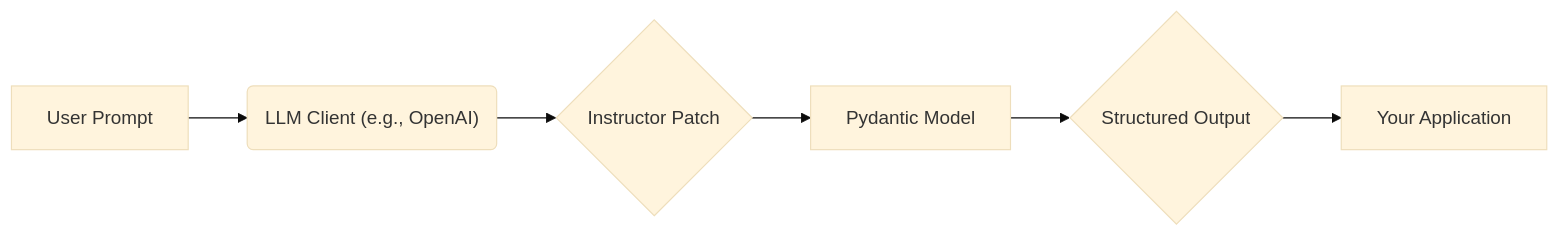
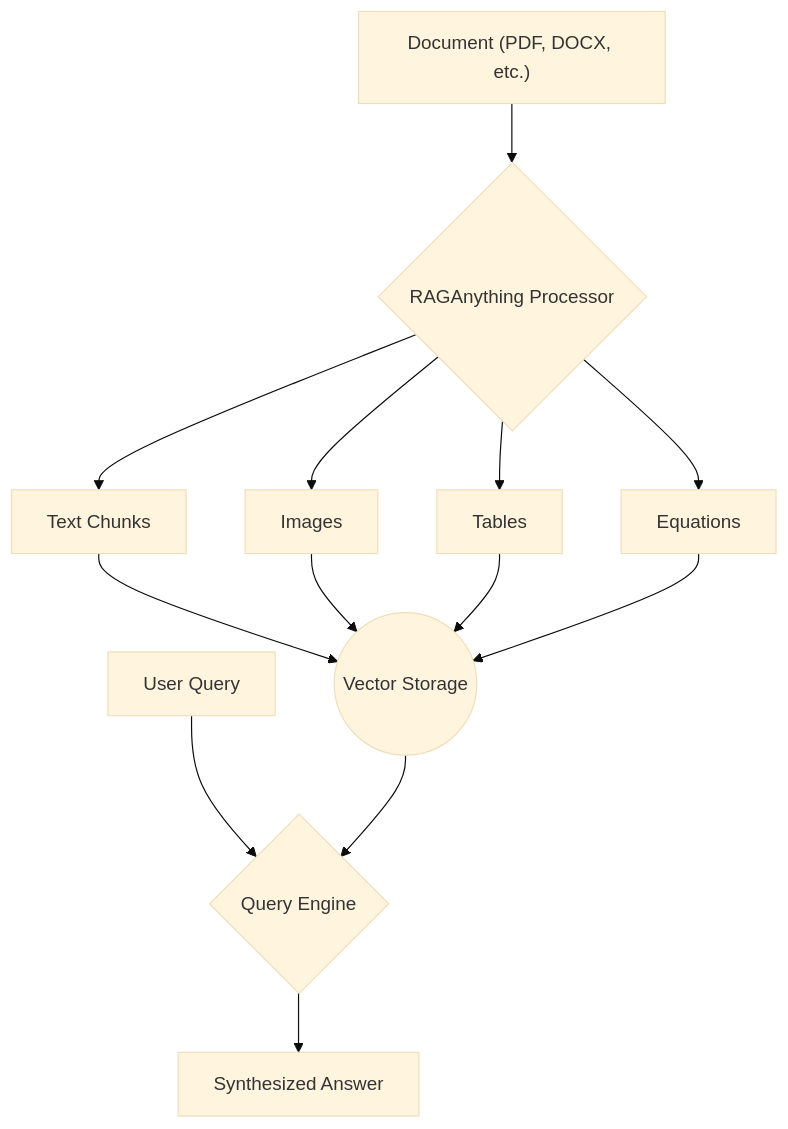
The diagram in data/baseline/tutorials/01_getting_started.md (borailci/smolagents-quickstart-template), drawn with Mermaid (base theme) before and after one commit. The commit also changed other lines of this file and 58 other files, not shown here.

````diff
--- a/data/baseline/tutorials/01_getting_started.md
+++ b/data/baseline/tutorials/01_getting_started.md
@@ -13,8 +11,15 @@
 ```mermaid
-graph LR
-    A["User Prompt"] --> B("LLM Client (e.g., OpenAI)")
-    B --> C{"Instructor Patch"}
-    C --> D["Pydantic Model"]
-    D --> E{"Structured Output"}
-    E --> F["Your Application"]
+graph TD
+    A["Document (PDF, DOCX, etc.)"] --> B{RAGAnything Processor};
+    B --> C["Text Chunks"];
+    B --> D["Images"];
+    B --> E["Tables"];
+    B --> F["Equations"];
+    C --> G((Vector Storage));
+    D --> G;
+    E --> G;
+    F --> G;
+    H["User Query"] --> I{Query Engine};
+    G --> I;
+    I --> J["Synthesized Answer"];
 ```
````
